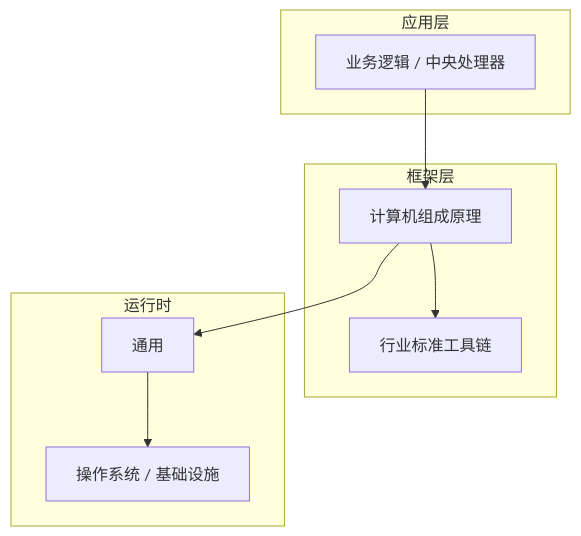
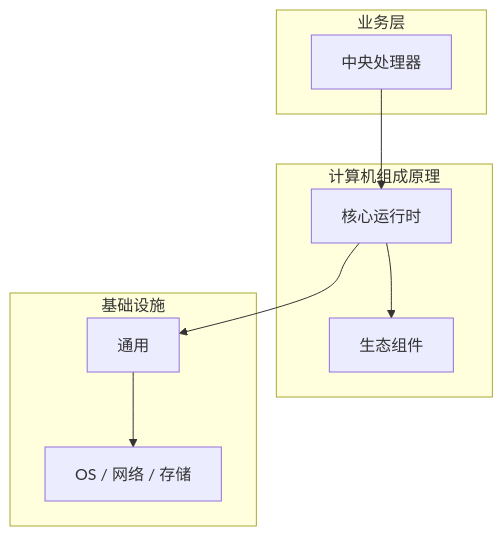
One commit to yanggan2015/knowledge-json-v2 changed the diagram in articles/计算机组成原理/chapters/041-中央处理器核心概念与原理.md. Above: the diagram before and after it, drawn with Mermaid. The commit also changed other lines of this file and 10127 other files, not shown here.

````diff
--- a/articles/计算机组成原理/chapters/041-中央处理器核心概念与原理.md
+++ b/articles/计算机组成原理/chapters/041-中央处理器核心概念与原理.md
@@ -45,18 +34,18 @@
 ```mermaid
 graph TB
-    subgraph 应用层
-        A[业务逻辑 / 中央处理器]
+    subgraph 业务层
+        A[中央处理器]
     end
-    subgraph 框架层
-        B[计算机组成原理]
-        C[行业标准工具链]
+    subgraph 计算机组成原理
+        B[核心运行时]
+        C[生态组件]
     end
-    subgraph 运行时
+    subgraph 基础设施
         D[通用]
-        E[操作系统 / 基础设施]
+        E[OS / 网络 / 存储]
     end
     A --> B
     B --> C
     B --> D
     D --> E
 ```
````
